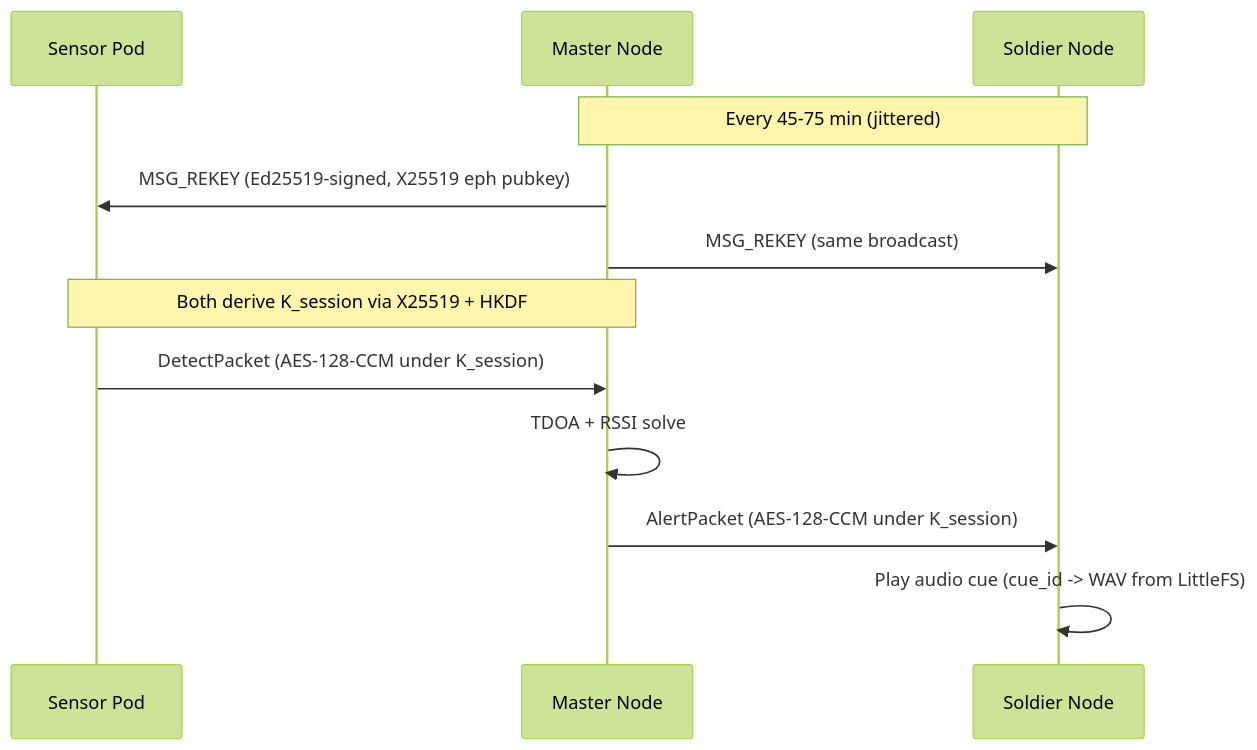
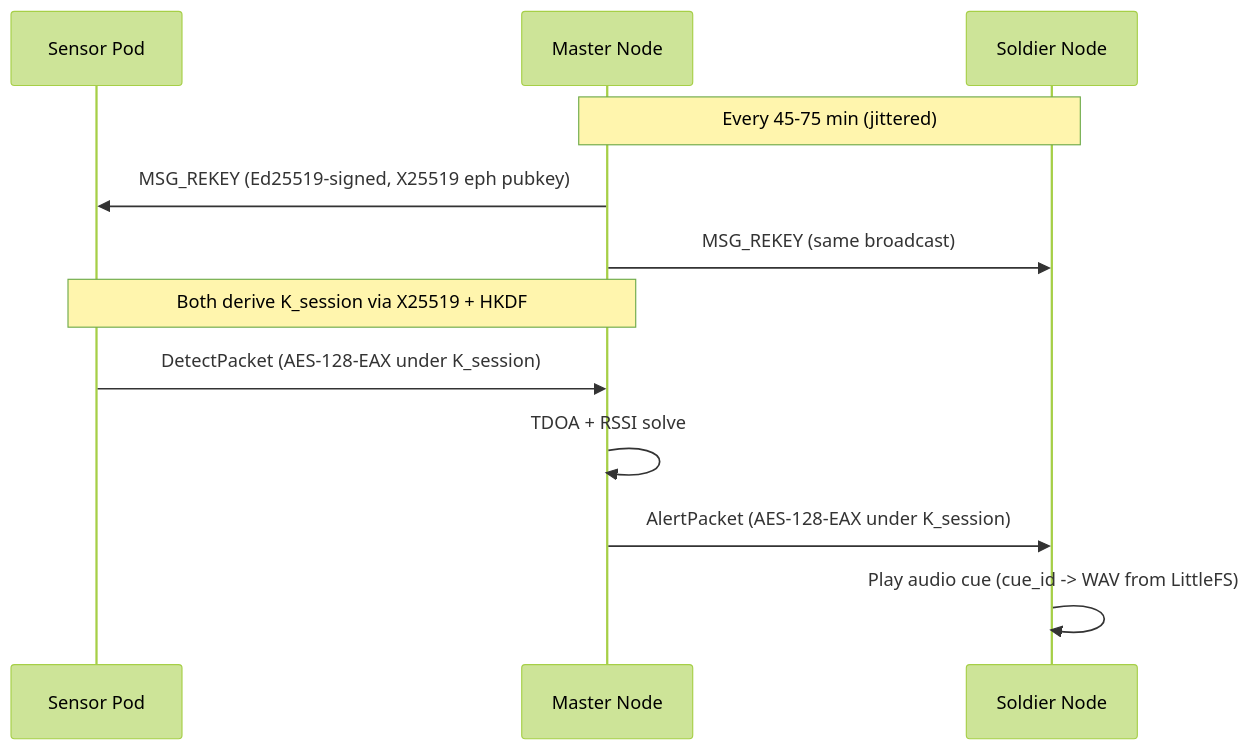
The second of 2 diagrams in README.md (selectdimensions/Hackathon), drawn with Mermaid (forest theme) before and after one commit. The commit also changed other lines of this file and 11 other files, not shown here.

First line of the commit message:
crypto: switch AEAD from AES-128-CCM to AES-128-EAX

````diff
--- a/README.md
+++ b/README.md
@@ -37,14 +37,14 @@
 ```mermaid
 sequenceDiagram
     participant P as Sensor Pod
     participant M as Master Node
     participant S as Soldier Node
     Note over M,S: Every 45-75 min (jittered)
     M->>P: MSG_REKEY (Ed25519-signed, X25519 eph pubkey)
     M->>S: MSG_REKEY (same broadcast)
     Note over P,M: Both derive K_session via X25519 + HKDF
-    P->>M: DetectPacket (AES-128-CCM under K_session)
+    P->>M: DetectPacket (AES-128-EAX under K_session)
     M->>M: TDOA + RSSI solve
-    M->>S: AlertPacket (AES-128-CCM under K_session)
+    M->>S: AlertPacket (AES-128-EAX under K_session)
     S->>S: Play audio cue (cue_id -> WAV from LittleFS)
 ```
````
